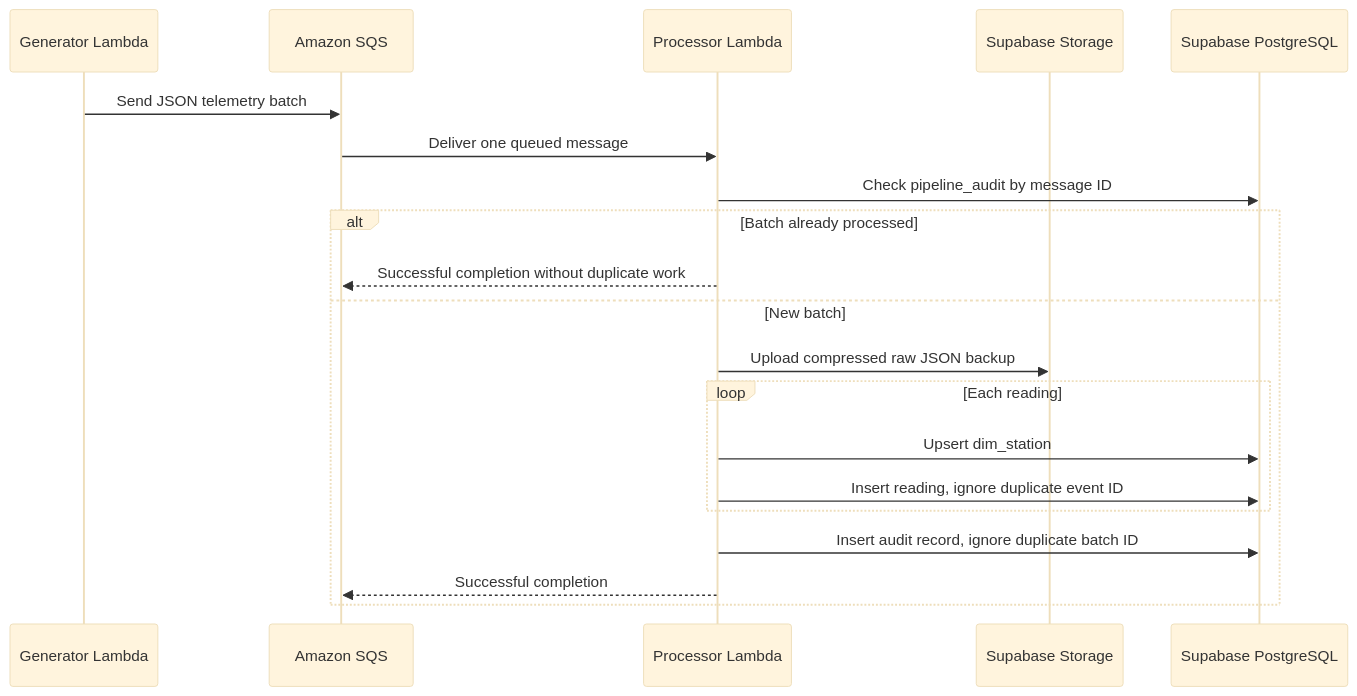
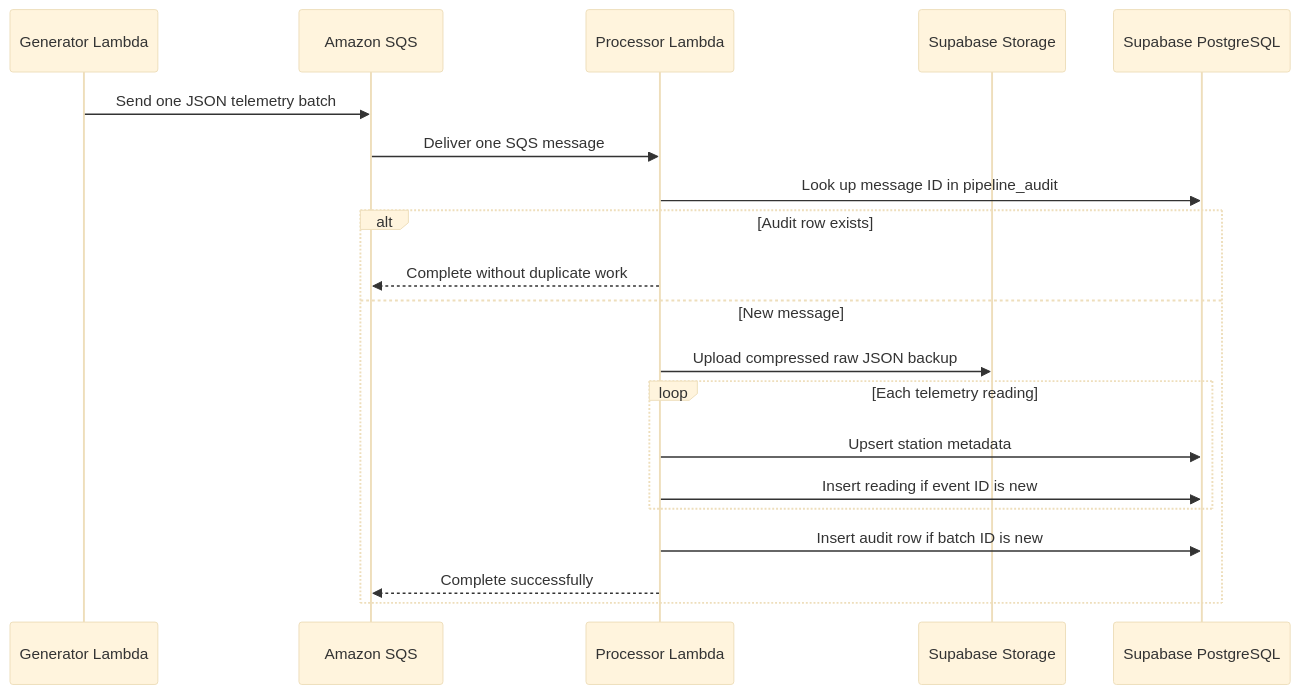
Before and after one commit to ritam-05/water-quality-etl: the third of 8 diagrams in README.md, drawn with Mermaid (base theme). The commit also changed other lines of this file, not shown here.

````diff
--- a/README.md
+++ b/README.md
@@ -37,23 +125,23 @@
 ```mermaid
 sequenceDiagram
-    participant Generator as Generator Lambda
-    participant SQS as Amazon SQS
-    participant Processor as Processor Lambda
-    participant Storage as Supabase Storage
-    participant DB as Supabase PostgreSQL
+    participant G as Generator Lambda
+    participant Q as Amazon SQS
+    participant P as Processor Lambda
+    participant S as Supabase Storage
+    participant D as Supabase PostgreSQL
 
-    Generator->>SQS: Send JSON telemetry batch
-    SQS->>Processor: Deliver one queued message
-    Processor->>DB: Check pipeline_audit by message ID
-    alt Batch already processed
-        Processor-->>SQS: Successful completion without duplicate work
-    else New batch
-        Processor->>Storage: Upload compressed raw JSON backup
-        loop Each reading
-            Processor->>DB: Upsert dim_station
-            Processor->>DB: Insert reading, ignore duplicate event ID
+    G->>Q: Send one JSON telemetry batch
+    Q->>P: Deliver one SQS message
+    P->>D: Look up message ID in pipeline_audit
+    alt Audit row exists
+        P-->>Q: Complete without duplicate work
+    else New message
+        P->>S: Upload compressed raw JSON backup
+        loop Each telemetry reading
+            P->>D: Upsert station metadata
+            P->>D: Insert reading if event ID is new
         end
-        Processor->>DB: Insert audit record, ignore duplicate batch ID
-        Processor-->>SQS: Successful completion
+        P->>D: Insert audit row if batch ID is new
+        P-->>Q: Complete successfully
     end
 ```
````
